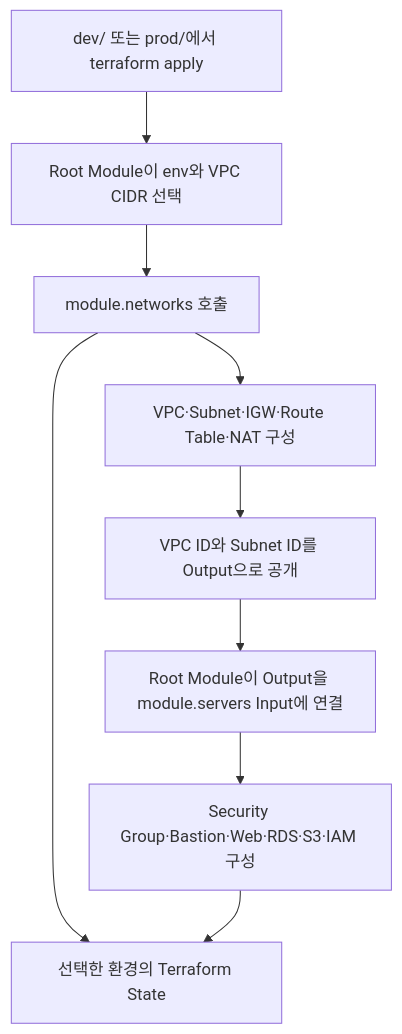
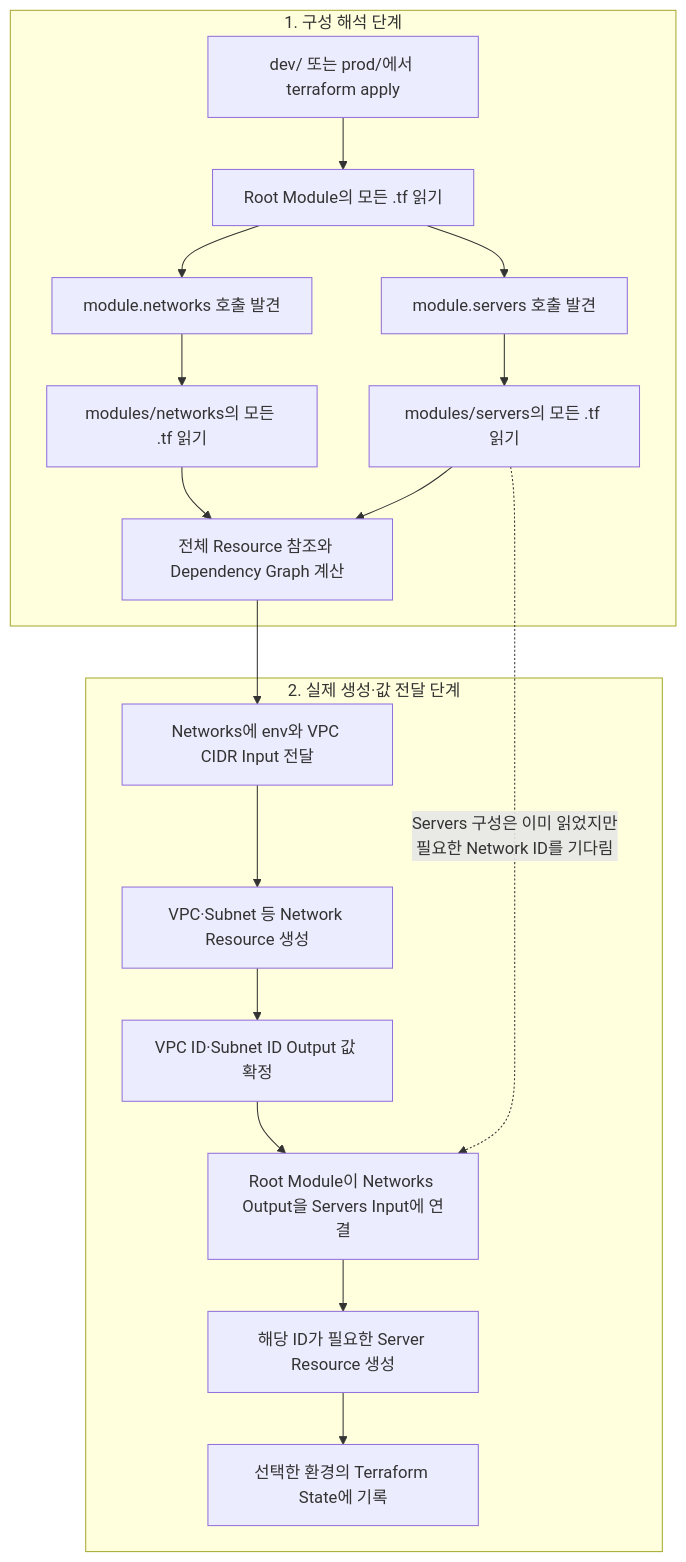
The first of 2 diagrams in 10_학습 노트/클라우드/AWS/IaC/Terraform Module 종합 구성 실습 v12.0.md (Unoh03/Obsi3), drawn with Mermaid before and after one commit. The commit also changed other lines of this file, not shown here.

Commit message:
Manual: 2026. 07. 14. 18:22:15 M 10_학습 노트/클라우드/AWS/IaC/Terraform Module 종합 구성 실습 v12.0.md

````diff
--- a/10_학습 노트/클라우드/AWS/IaC/Terraform Module 종합 구성 실습 v12.0.md
+++ b/10_학습 노트/클라우드/AWS/IaC/Terraform Module 종합 구성 실습 v12.0.md
@@ -385,11 +408,23 @@
 ```mermaid
 flowchart TD
-    A["dev/ 또는 prod/에서 terraform apply"] --> B["Root Module이 env와 VPC CIDR 선택"]
-    B --> C["module.networks 호출"]
-    C --> D["VPC·Subnet·IGW·Route Table·NAT 구성"]
-    D --> E["VPC ID와 Subnet ID를 Output으로 공개"]
-    E --> F["Root Module이 Output을 module.servers Input에 연결"]
-    F --> G["Security Group·Bastion·Web·RDS·S3·IAM 구성"]
-    C --> H["선택한 환경의 Terraform State"]
-    G --> H
+    subgraph LOAD["1. 구성 해석 단계"]
+        A["dev/ 또는 prod/에서 terraform apply"] --> B["Root Module의 모든 .tf 읽기"]
+        B --> C["module.networks 호출 발견"]
+        B --> D["module.servers 호출 발견"]
+        C --> E["modules/networks의 모든 .tf 읽기"]
+        D --> F["modules/servers의 모든 .tf 읽기"]
+        E --> G["전체 Resource 참조와 Dependency Graph 계산"]
+        F --> G
+    end
+
+    subgraph APPLY["2. 실제 생성·값 전달 단계"]
+        G --> H["Networks에 env와 VPC CIDR Input 전달"]
+        H --> I["VPC·Subnet 등 Network Resource 생성"]
+        I --> J["VPC ID·Subnet ID Output 값 확정"]
+        J --> K["Root Module이 Networks Output을 Servers Input에 연결"]
+        K --> L["해당 ID가 필요한 Server Resource 생성"]
+        L --> M["선택한 환경의 Terraform State에 기록"]
+    end
+
+    F -. "Servers 구성은 이미 읽었지만<br/>필요한 Network ID를 기다림" .-> K
 ```
````
